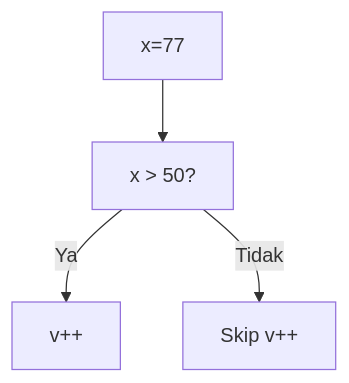
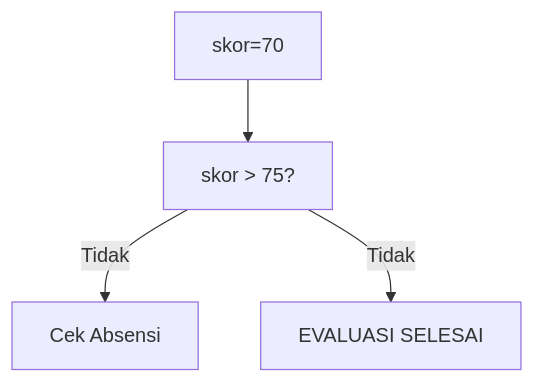
Before and after one commit to amnahwaida/OSNK_INF_PREP: the eighth of 25 diagrams in part-c-pemahaman-cpp/02-percabangan/latihan/set-04.md, drawn with Mermaid. The commit also changed other lines of this file and 71 other files, not shown here.

````diff
--- a/part-c-pemahaman-cpp/02-percabangan/latihan/set-04.md
+++ b/part-c-pemahaman-cpp/02-percabangan/latihan/set-04.md
@@ -218,6 +226,6 @@
 ```mermaid
 graph TD
-A["x=77"] --> B["x > 50?"]
-B -- Ya --> C["v++"]
-B -- Tidak --> D["Skip v++"]
+A["skor=70"] --> B["skor > 75?"]
+B -- Tidak --> C["Cek Absensi"]
+B -- Tidak --> D["EVALUASI SELESAI"]
 ```
````
